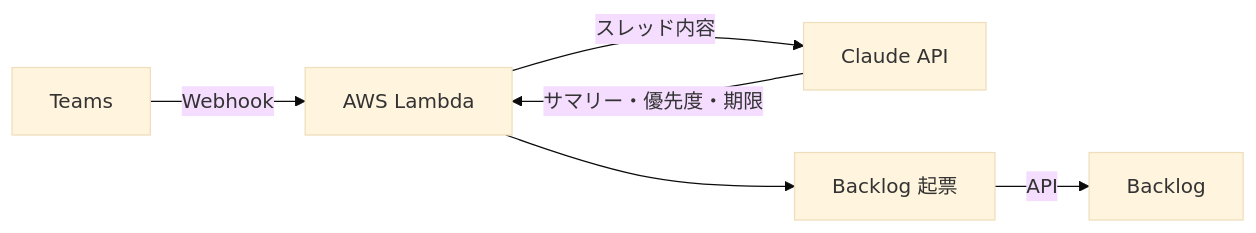
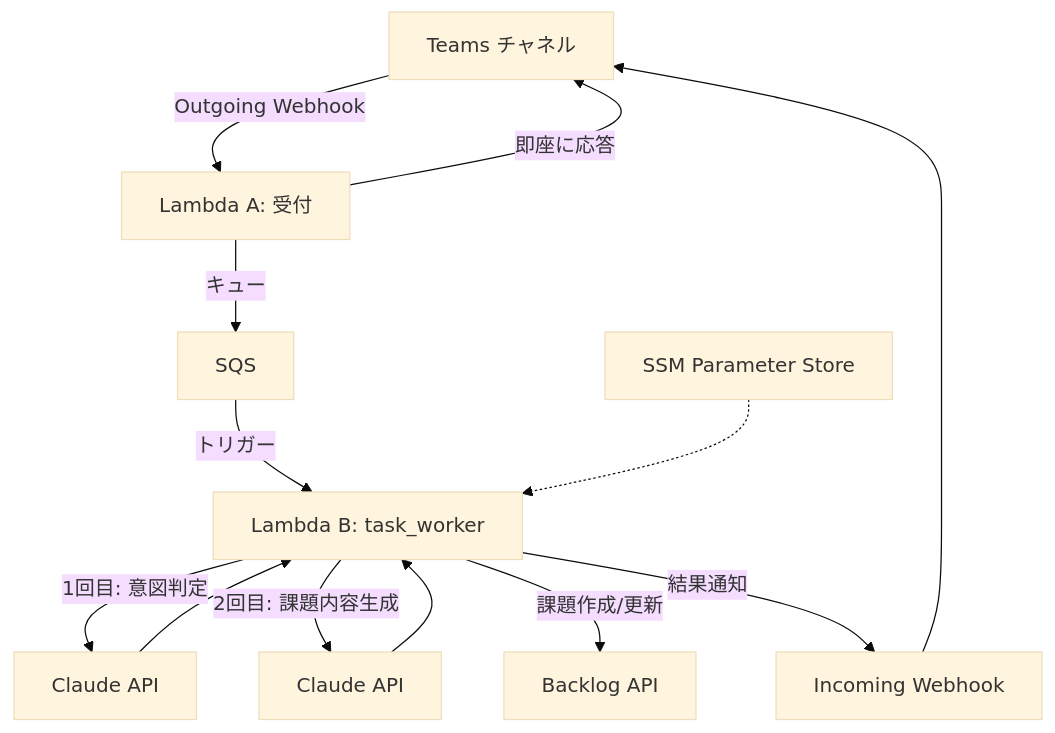
One commit to nohara-kengo/nct-topal changed the first of 5 diagrams in README.md. Above: the diagram before and after it, drawn with Mermaid (base theme). The commit also changed other lines of this file and 18 other files, not shown here.

````diff
--- a/README.md
+++ b/README.md
@@ -20,8 +20,15 @@
 ```mermaid
-flowchart LR
-    A[Teams] -->|Webhook| B[AWS Lambda]
-    B -->|スレッド内容| C[Claude API]
-    C -->|サマリー・優先度・期限| B
-    B --> D[Backlog 起票]
-    D -->|API| E[Backlog]
+flowchart TD
+    A[Teams チャネル] -->|Outgoing Webhook| B[Lambda A: 受付]
+    B -->|即座に応答| A
+    B -->|キュー| SQS[SQS]
+    SQS -->|トリガー| C[Lambda B: task_worker]
+    C -->|1回目: 意図判定| D[Claude API]
+    D --> C
+    C -->|2回目: 課題内容生成| E[Claude API]
+    E --> C
+    C -->|課題作成/更新| F[Backlog API]
+    C -->|結果通知| G[Incoming Webhook]
+    G --> A
+    SSM[SSM Parameter Store] -.-> C
 ```
````
